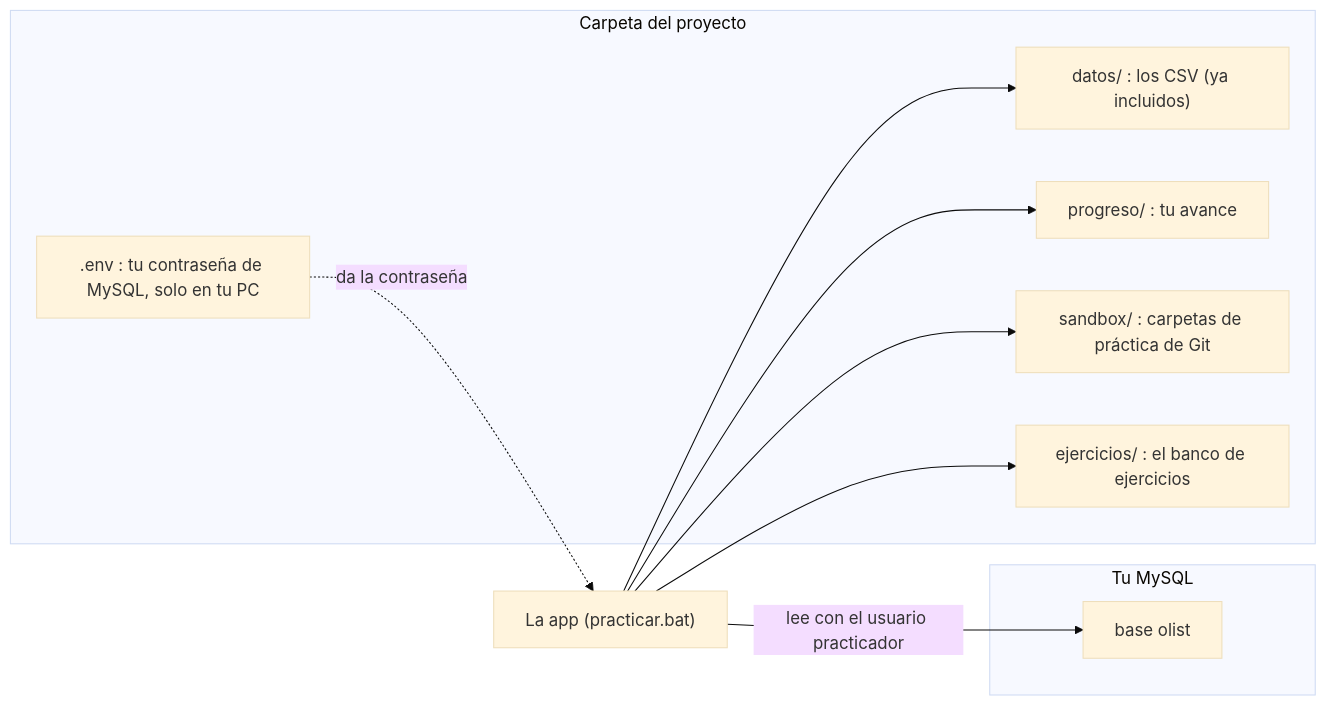
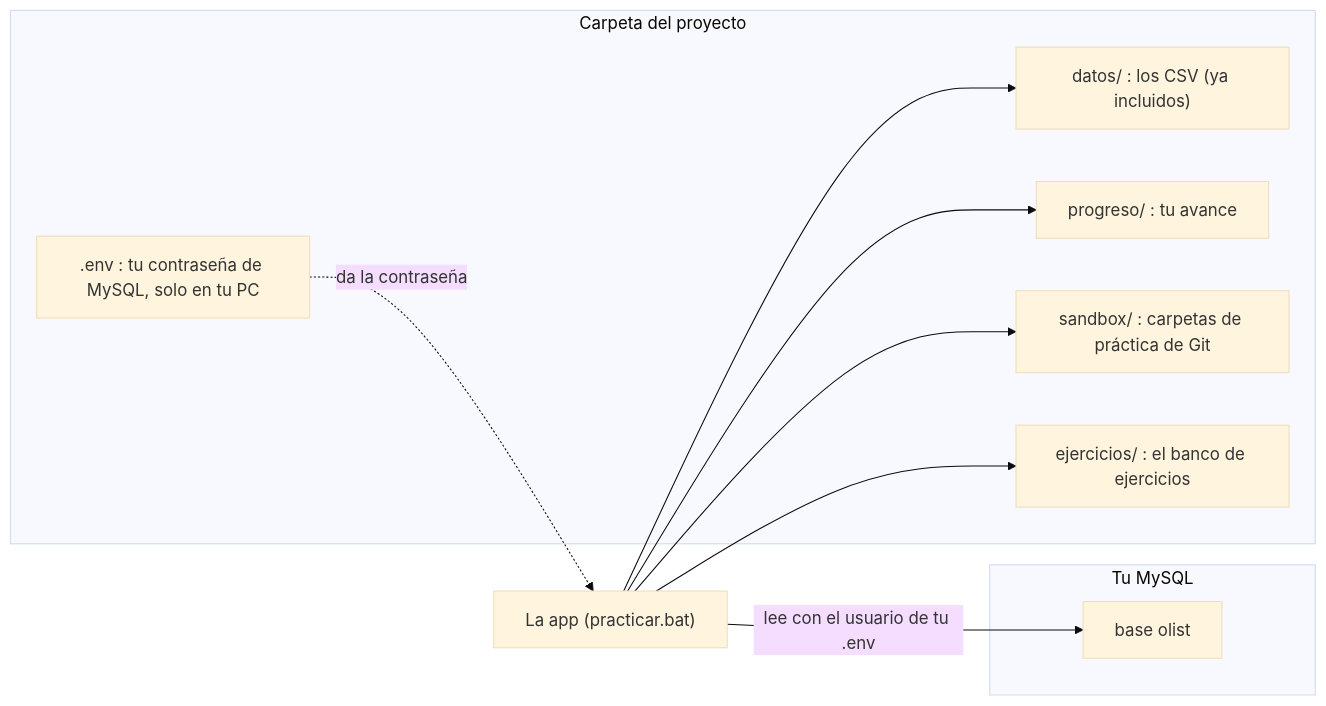
The second of 3 diagrams in MANUAL.md (fdrecabarren/Py_Practicador), drawn with Mermaid (base theme) before and after one commit. The commit also changed other lines of this file and 2 other files, not shown here.

First line of the commit message:
MySQL: usar el usuario habitual (root) por defecto; practicador pasa a ser opcional

````diff
--- a/MANUAL.md
+++ b/MANUAL.md
@@ -70,19 +77,19 @@
 ```mermaid
 flowchart LR
     subgraph PROY["Carpeta del proyecto"]
         D["datos/ : los CSV (ya incluidos)"]
         E[".env : tu contraseña de MySQL, solo en tu PC"]
         P["progreso/ : tu avance"]
         S["sandbox/ : carpetas de práctica de Git"]
         J["ejercicios/ : el banco de ejercicios"]
     end
     subgraph MY["Tu MySQL"]
         O["base olist"]
     end
     APP["La app (practicar.bat)"] --> D
     APP --> J
     APP --> P
     APP --> S
-    APP -- "lee con el usuario practicador" --> O
+    APP -- "lee con el usuario de tu .env" --> O
     E -. "da la contraseña" .-> APP
 ```
````
